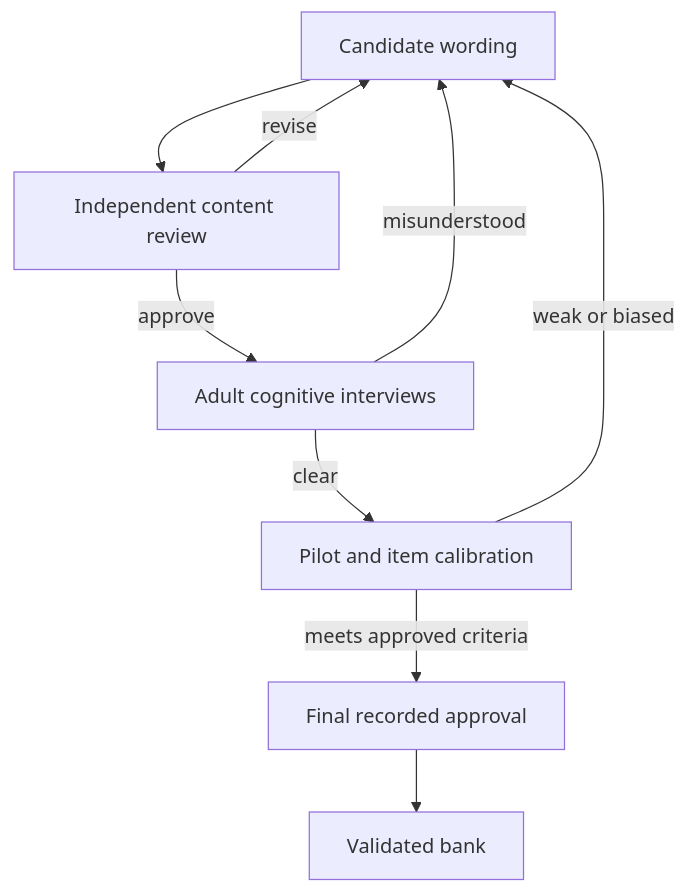
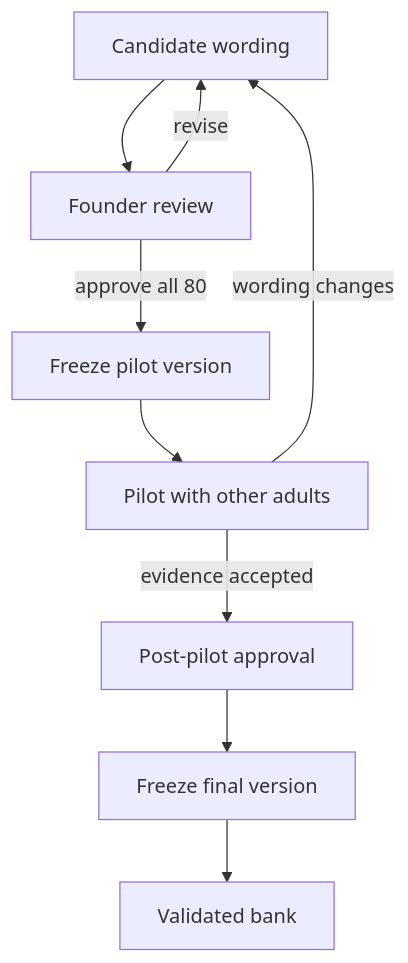
Before and after one commit to unikmo/Politangle: the diagram in docs/literacy-validation-workflow-v1.md, drawn with Mermaid. The commit also changed other lines of this file and 8 other files, not shown here.

Commit message:
Replace C36 and lock literacy freeze sequence

````diff
--- a/docs/literacy-validation-workflow-v1.md
+++ b/docs/literacy-validation-workflow-v1.md
@@ -54,11 +57,11 @@
 ```mermaid
 flowchart TD
-  A[Candidate wording] --> B[Independent content review]
+  A[Candidate wording] --> B[Founder review]
   B -->|revise| A
-  B -->|approve| C[Adult cognitive interviews]
-  C -->|misunderstood| A
-  C -->|clear| D[Pilot and item calibration]
-  D -->|weak or biased| A
-  D -->|meets approved criteria| E[Final recorded approval]
-  E --> F[Validated bank]
+  B -->|approve all 80| C[Freeze pilot version]
+  C --> D[Pilot with other adults]
+  D -->|wording changes| A
+  D -->|evidence accepted| E[Post-pilot approval]
+  E --> F[Freeze final version]
+  F --> G[Validated bank]
 ```
````
